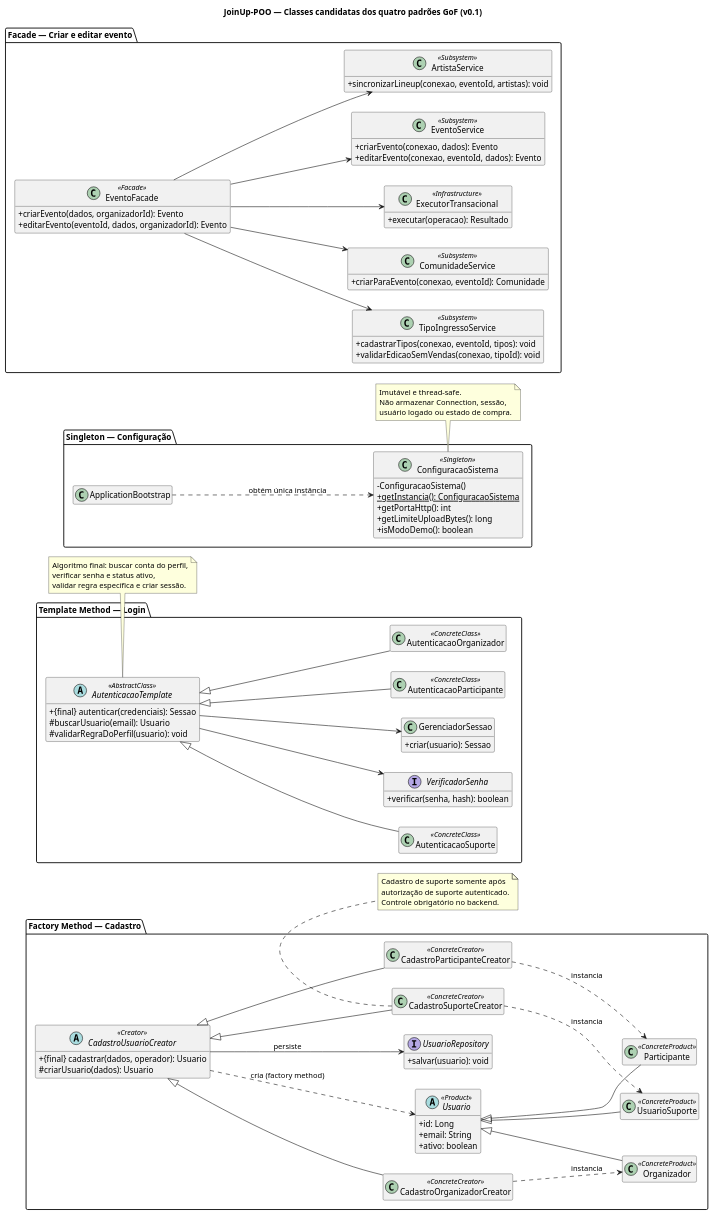
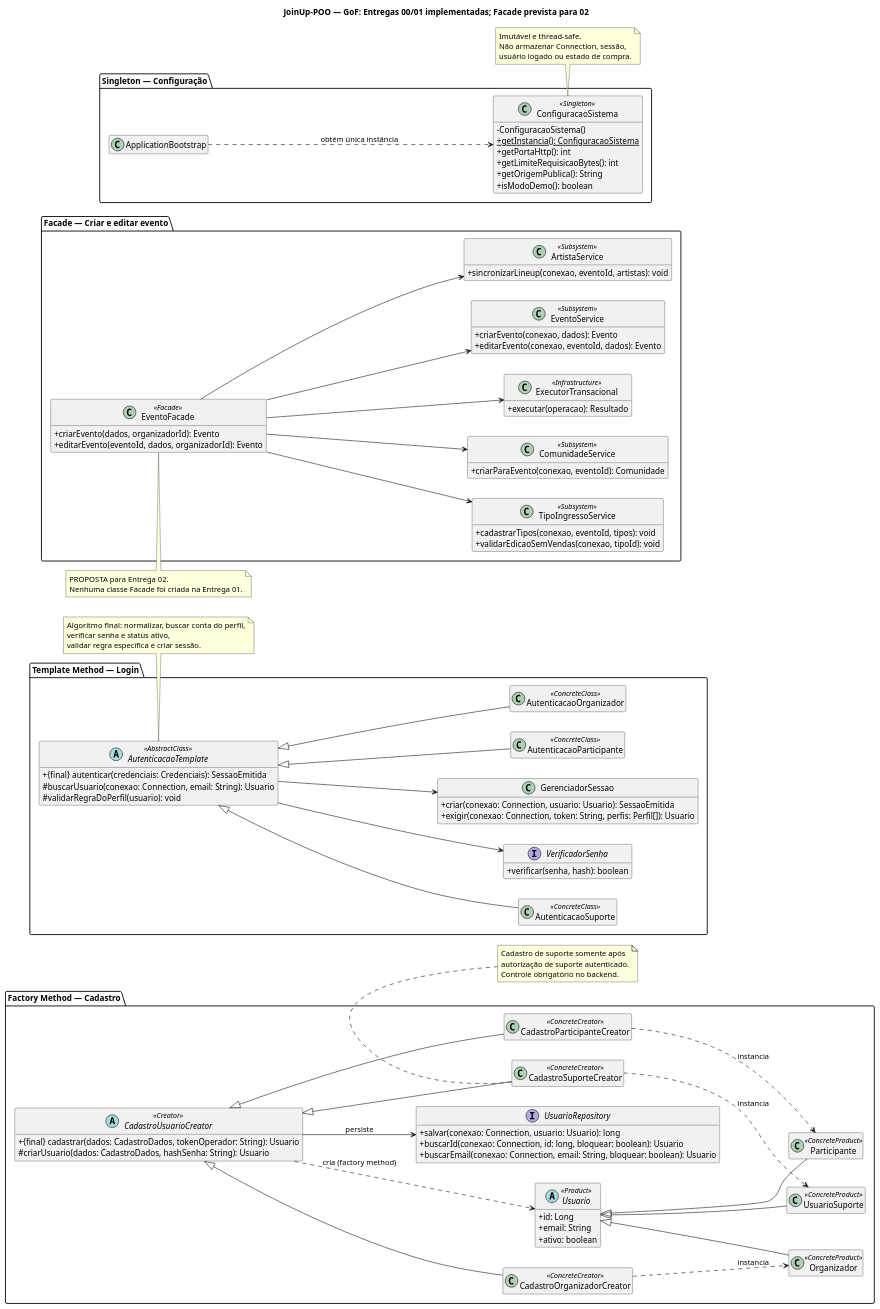
Before and after one commit to ericjs-code/JoinUp-POO: the diagram in docs/diagramas/CLASSES_GOF_v0.1.puml, drawn with PlantUML. The commit also changed 56 other files, not shown here.

```diff
--- a/docs/diagramas/CLASSES_GOF_v0.1.puml
+++ b/docs/diagramas/CLASSES_GOF_v0.1.puml
@@ -1,121 +1,130 @@
 @startuml
-title JoinUp-POO — Classes candidatas dos quatro padrões GoF (v0.1)
+title JoinUp-POO — GoF: Entregas 00/01 implementadas; Facade prevista para 02
 skinparam shadowing false
 skinparam classAttributeIconSize 0
 hide empty members
 left to right direction
 
 package "Facade — Criar e editar evento" {
   class EventoFacade <<Facade>> {
     +criarEvento(dados, organizadorId): Evento
     +editarEvento(eventoId, dados, organizadorId): Evento
   }
   class EventoService <<Subsystem>> {
     +criarEvento(conexao, dados): Evento
     +editarEvento(conexao, eventoId, dados): Evento
   }
   class ArtistaService <<Subsystem>> {
     +sincronizarLineup(conexao, eventoId, artistas): void
   }
   class TipoIngressoService <<Subsystem>> {
     +cadastrarTipos(conexao, eventoId, tipos): void
     +validarEdicaoSemVendas(conexao, tipoId): void
   }
   class ComunidadeService <<Subsystem>> {
     +criarParaEvento(conexao, eventoId): Comunidade
   }
   class ExecutorTransacional <<Infrastructure>> {
     +executar(operacao): Resultado
   }
   EventoFacade --> ExecutorTransacional
   EventoFacade --> EventoService
   EventoFacade --> ArtistaService
   EventoFacade --> TipoIngressoService
   EventoFacade --> ComunidadeService
 }
 
 package "Template Method — Login" {
   abstract class AutenticacaoTemplate <<AbstractClass>> {
-    +{final} autenticar(credenciais): Sessao
-    #buscarUsuario(email): Usuario
+    +{final} autenticar(credenciais: Credenciais): SessaoEmitida
+    #buscarUsuario(conexao: Connection, email: String): Usuario
     #validarRegraDoPerfil(usuario): void
   }
   class AutenticacaoParticipante <<ConcreteClass>>
   class AutenticacaoOrganizador <<ConcreteClass>>
   class AutenticacaoSuporte <<ConcreteClass>>
   interface VerificadorSenha {
     +verificar(senha, hash): boolean
   }
   class GerenciadorSessao {
-    +criar(usuario): Sessao
+    +criar(conexao: Connection, usuario: Usuario): SessaoEmitida
+    +exigir(conexao: Connection, token: String, perfis: Perfil[]): Usuario
   }
   AutenticacaoTemplate <|-- AutenticacaoParticipante
   AutenticacaoTemplate <|-- AutenticacaoOrganizador
   AutenticacaoTemplate <|-- AutenticacaoSuporte
   AutenticacaoTemplate --> VerificadorSenha
   AutenticacaoTemplate --> GerenciadorSessao
 }
 
 package "Factory Method — Cadastro" {
   abstract class Usuario <<Product>> {
     +id: Long
     +email: String
     +ativo: boolean
   }
   class Participante <<ConcreteProduct>>
   class Organizador <<ConcreteProduct>>
   class UsuarioSuporte <<ConcreteProduct>>
   abstract class CadastroUsuarioCreator <<Creator>> {
-    +{final} cadastrar(dados, operador): Usuario
-    #criarUsuario(dados): Usuario
+    +{final} cadastrar(dados: CadastroDados, tokenOperador: String): Usuario
+    #criarUsuario(dados: CadastroDados, hashSenha: String): Usuario
   }
   class CadastroParticipanteCreator <<ConcreteCreator>>
   class CadastroOrganizadorCreator <<ConcreteCreator>>
   class CadastroSuporteCreator <<ConcreteCreator>>
   interface UsuarioRepository {
-    +salvar(usuario): void
+    +salvar(conexao: Connection, usuario: Usuario): long
+    +buscarId(conexao: Connection, id: long, bloquear: boolean): Usuario
+    +buscarEmail(conexao: Connection, email: String, bloquear: boolean): Usuario
   }
   Usuario <|-- Participante
   Usuario <|-- Organizador
   Usuario <|-- UsuarioSuporte
   CadastroUsuarioCreator <|-- CadastroParticipanteCreator
   CadastroUsuarioCreator <|-- CadastroOrganizadorCreator
   CadastroUsuarioCreator <|-- CadastroSuporteCreator
   CadastroUsuarioCreator ..> Usuario : cria (factory method)
   CadastroUsuarioCreator --> UsuarioRepository : persiste
   CadastroParticipanteCreator ..> Participante : instancia
   CadastroOrganizadorCreator ..> Organizador : instancia
   CadastroSuporteCreator ..> UsuarioSuporte : instancia
 }
 
 package "Singleton — Configuração" {
   class ConfiguracaoSistema <<Singleton>> {
     -ConfiguracaoSistema()
     +{static} getInstancia(): ConfiguracaoSistema
     +getPortaHttp(): int
-    +getLimiteUploadBytes(): long
+    +getLimiteRequisicaoBytes(): int
+    +getOrigemPublica(): String
     +isModoDemo(): boolean
   }
   class ApplicationBootstrap
   ApplicationBootstrap ..> ConfiguracaoSistema : obtém única instância
 }
 
 note bottom of CadastroSuporteCreator
   Cadastro de suporte somente após
   autorização de suporte autenticado.
   Controle obrigatório no backend.
 end note
 
 note bottom of AutenticacaoTemplate
-  Algoritmo final: buscar conta do perfil,
+  Algoritmo final: normalizar, buscar conta do perfil,
   verificar senha e status ativo,
   validar regra específica e criar sessão.
+end note
+
+note top of EventoFacade
+  PROPOSTA para Entrega 02.
+  Nenhuma classe Facade foi criada na Entrega 01.
 end note
 
 note bottom of ConfiguracaoSistema
   Imutável e thread-safe.
   Não armazenar Connection, sessão,
   usuário logado ou estado de compra.
 end note
 
 @enduml
```
